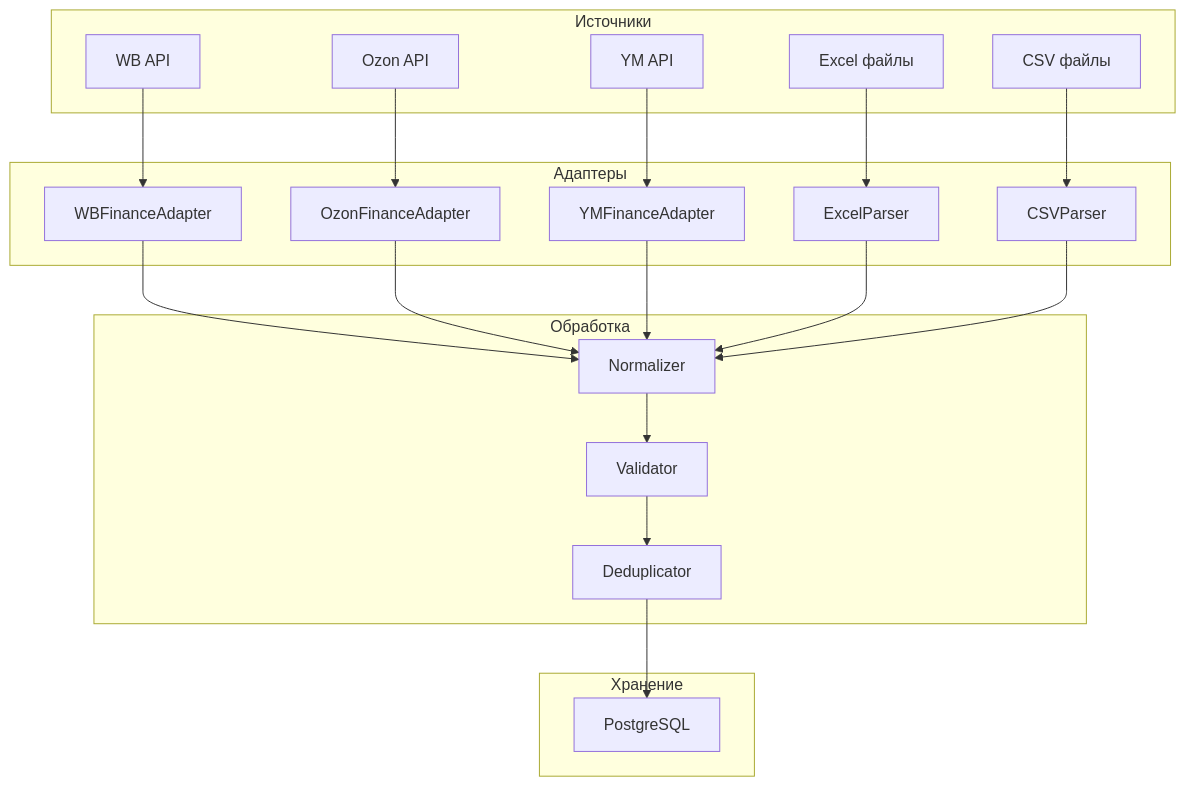
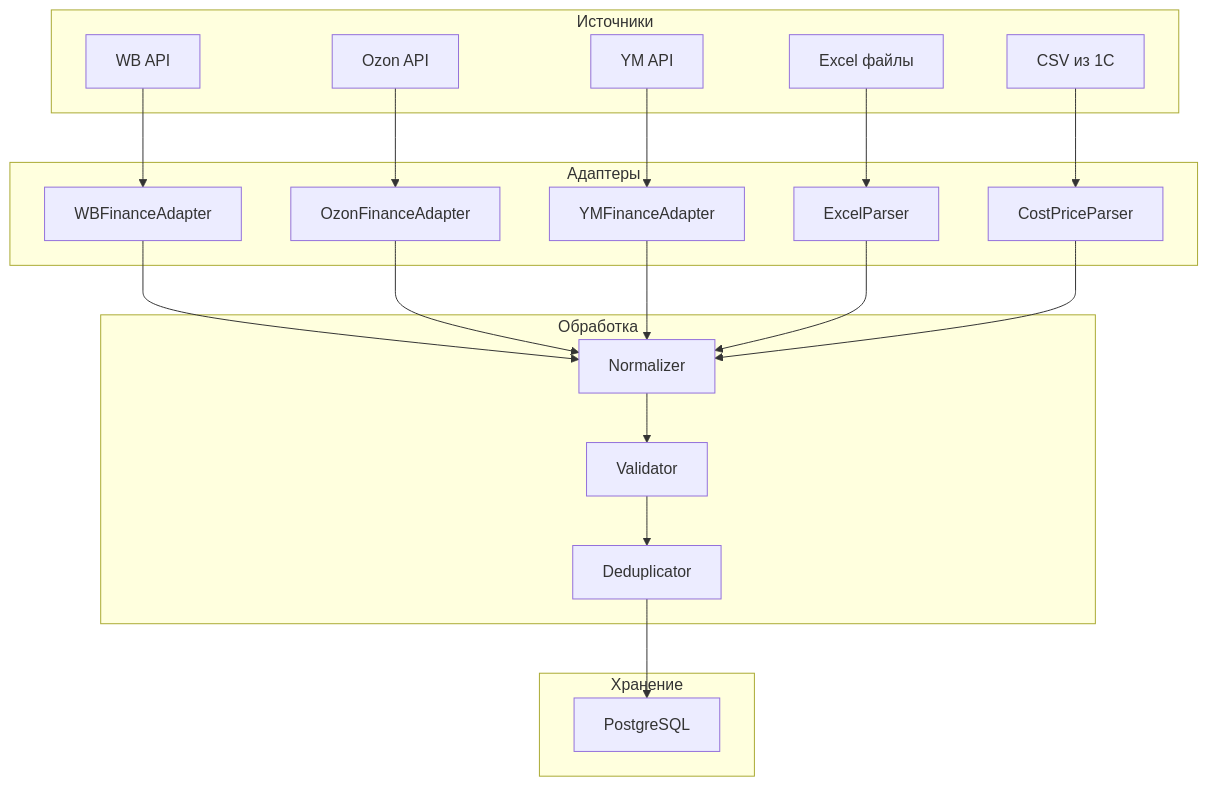
Before and after one commit to Sign25/Docs: the diagram in cfo/adolf_cfo_2_data_ingestion.md, drawn with Mermaid. The commit also changed other lines of this file, not shown here.

Commit message:
CFO Section 2: Update data ingestion for 1C:KA2 - SKU-based identification, remove barcode from cost prices

````diff
--- a/cfo/adolf_cfo_2_data_ingestion.md
+++ b/cfo/adolf_cfo_2_data_ingestion.md
@@ -36,41 +40,41 @@
 ```mermaid
 graph TB
     subgraph SOURCES["Источники"]
         WB_API["WB API"]
         OZON_API["Ozon API"]
         YM_API["YM API"]
         EXCEL["Excel файлы"]
-        CSV["CSV файлы"]
+        CSV_1C["CSV из 1С"]
     end
 
     subgraph ADAPTERS["Адаптеры"]
         WB_ADAPTER["WBFinanceAdapter"]
         OZON_ADAPTER["OzonFinanceAdapter"]
         YM_ADAPTER["YMFinanceAdapter"]
         EXCEL_PARSER["ExcelParser"]
-        CSV_PARSER["CSVParser"]
+        COST_PARSER["CostPriceParser"]
     end
 
     subgraph PROCESSING["Обработка"]
         NORMALIZE["Normalizer"]
         VALIDATE["Validator"]
         DEDUP["Deduplicator"]
     end
 
     subgraph STORAGE["Хранение"]
         PG["PostgreSQL"]
     end
 
     WB_API --> WB_ADAPTER
     OZON_API --> OZON_ADAPTER
     YM_API --> YM_ADAPTER
     EXCEL --> EXCEL_PARSER
-    CSV --> CSV_PARSER
+    CSV_1C --> COST_PARSER
 
     WB_ADAPTER & OZON_ADAPTER & YM_ADAPTER --> NORMALIZE
-    EXCEL_PARSER & CSV_PARSER --> NORMALIZE
+    EXCEL_PARSER & COST_PARSER --> NORMALIZE
     
     NORMALIZE --> VALIDATE
     VALIDATE --> DEDUP
     DEDUP --> PG
 ```
````
